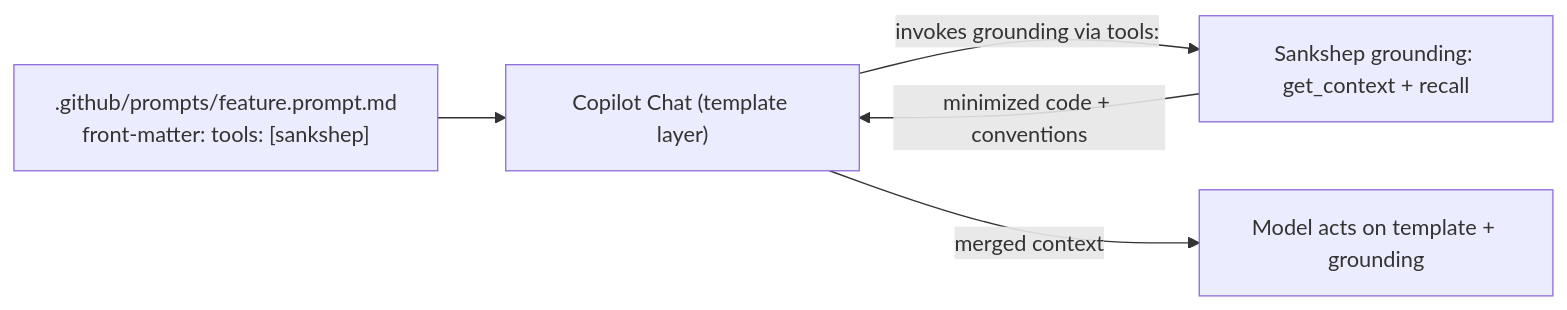
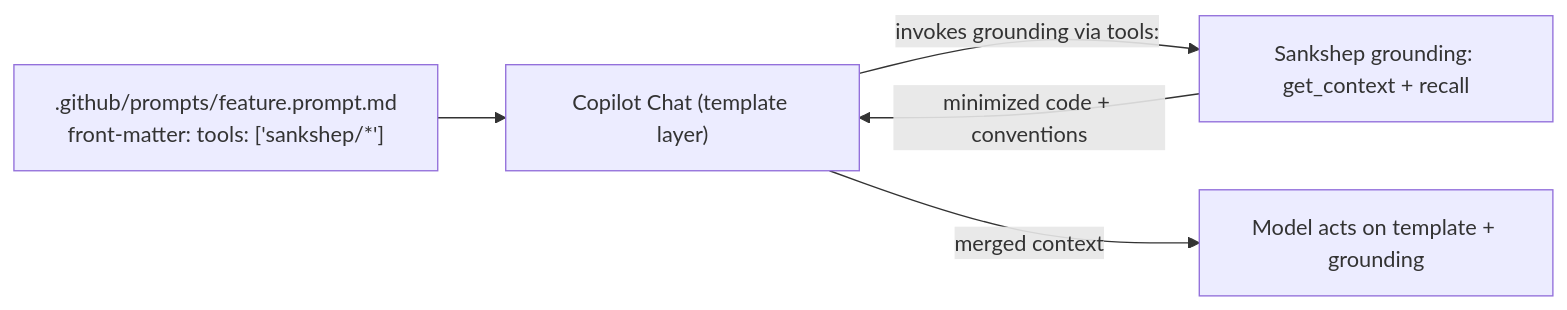
Before and after one commit to nitinpawar28/sankshep-docs: the third of 3 diagrams in docs/composer.md, drawn with Mermaid. The commit also changed other lines of this file and 15 other files, not shown here.

````diff
--- a/docs/composer.md
+++ b/docs/composer.md
@@ -86,11 +92,11 @@
 ```mermaid
 flowchart LR
-    PF[".github/prompts/feature.prompt.md<br/>front-matter: tools: [sankshep]"]
+    PF[".github/prompts/feature.prompt.md<br/>front-matter: tools: ['sankshep/*']"]
     CP["Copilot Chat (template layer)"]
     SK["Sankshep grounding: get_context + recall"]
     MO["Model acts on template + grounding"]
     PF --> CP
     CP -->|invokes grounding via tools:| SK
     SK -->|minimized code + conventions| CP
     CP -->|merged context| MO
 ```
````
